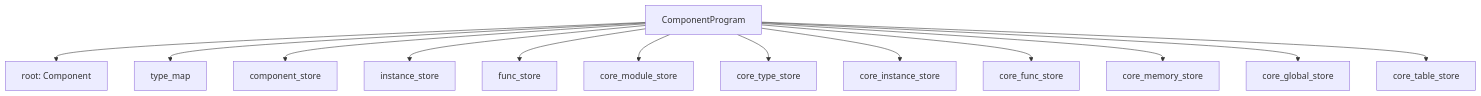
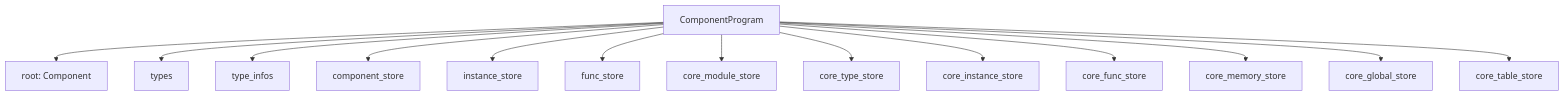
One commit to yieldspace/telomere changed the third of 12 diagrams in docs/component-model/relation-driven-runtime.md. Above: the diagram before and after it, drawn with Mermaid. The commit also changed other lines of this file and 21 other files, not shown here.

````diff
--- a/docs/component-model/relation-driven-runtime.md
+++ b/docs/component-model/relation-driven-runtime.md
@@ -70,16 +70,17 @@
 ```mermaid
 flowchart TD
     P["ComponentProgram"]
     P --> R0["root: Component"]
-    P --> R1["type_map"]
+    P --> R1["types"]
+    P --> R1A["type_infos"]
     P --> R2["component_store"]
     P --> R3["instance_store"]
     P --> R4["func_store"]
     P --> R5["core_module_store"]
     P --> R6["core_type_store"]
     P --> R7["core_instance_store"]
     P --> R8["core_func_store"]
     P --> R9["core_memory_store"]
     P --> R10["core_global_store"]
     P --> R11["core_table_store"]
 ```
````
